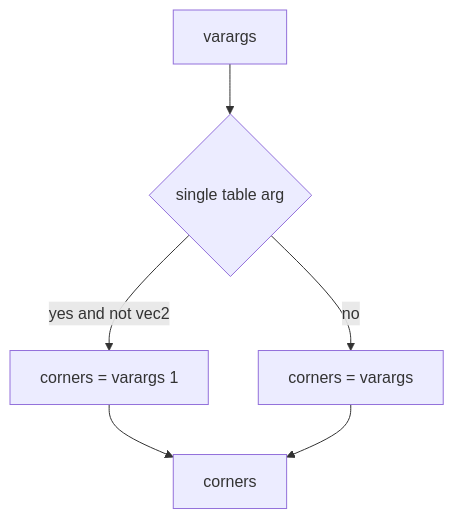
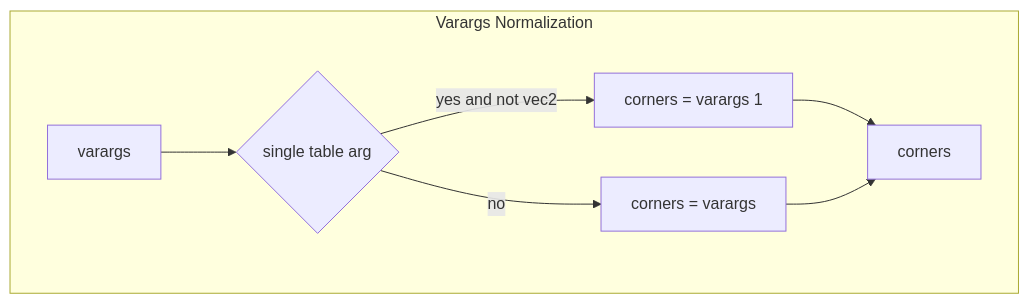
One commit to Gh0st352/AETHR changed the second of 4 diagrams in docs/markers/arrows.md. Above: the diagram before and after it, drawn with Mermaid. The commit also changed other lines of this file and 4 other files, not shown here.

First line of the commit message:
docs(markers): reorganize Mermaid diagrams into subgraphs

````diff
--- a/docs/markers/arrows.md
+++ b/docs/markers/arrows.md
@@ -32,8 +38,14 @@
 ```mermaid
+%% shared theme: docs/_mermaid/theme.json %%
 flowchart TD
-  VAR[varargs] --> ONE{single table arg}
-  ONE -->|yes and not vec2| ASLIST[corners = varargs 1]
-  ONE -->|no| ASVAR[corners = varargs]
-  ASLIST --> OUT[corners]
-  ASVAR --> OUT
+  subgraph "Varargs Normalization"
+    VAR[varargs] --> ONE{single table arg}
+    ONE -->|yes and not vec2| ASLIST[corners = varargs 1]
+    ONE -->|no| ASVAR[corners = varargs]
+    ASLIST --> OUT[corners]
+    ASVAR --> OUT
+  end
+  class VAR,OUT class_io;
+  class ONE class_decision;
+  class ASLIST,ASVAR class_compute;
 ```
````
